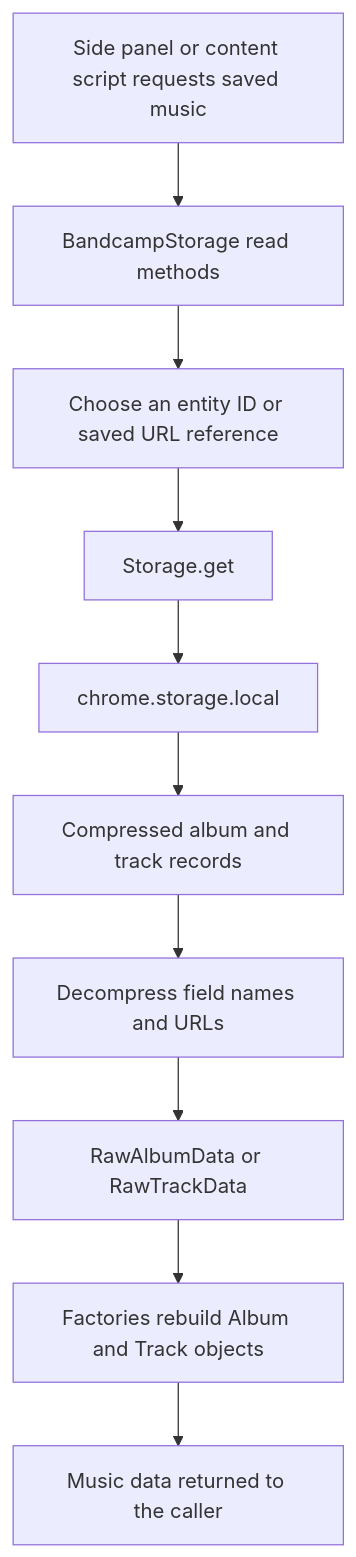
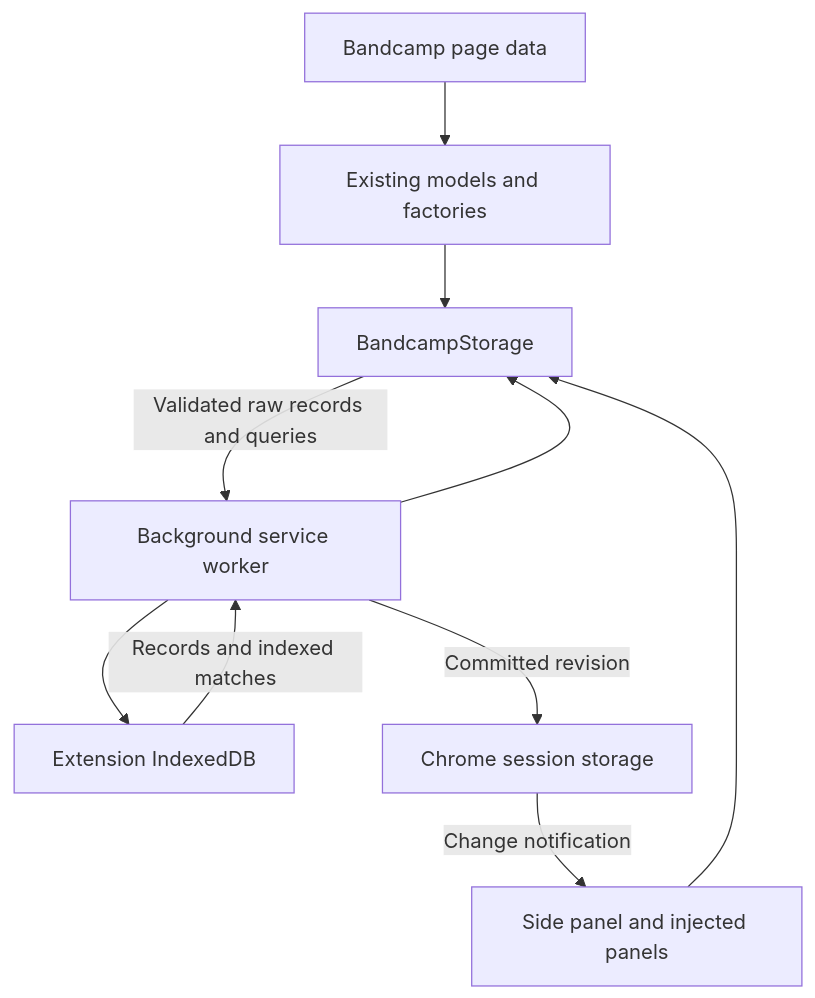
One commit to Serhii-DV/bcx changed the diagram in docs/architecture/music-data-storage.md. Above: the diagram before and after it, drawn with Mermaid. The commit also changed other lines of this file and 28 other files, not shown here.

Commit message:
Move the music library to IndexedDB

````diff
--- a/docs/architecture/music-data-storage.md
+++ b/docs/architecture/music-data-storage.md
@@ -36,16 +34,12 @@
 ```mermaid
 flowchart TB
-    request[Side panel or content script requests saved music]
-    read[BandcampStorage read methods]
-    lookup[Choose an entity ID or saved URL reference]
-    get[Storage.get]
-    local[chrome.storage.local]
-    records[Compressed album and track records]
-    expanded[Decompress field names and URLs]
-    raw[RawAlbumData or RawTrackData]
-    models[Factories rebuild Album and Track objects]
-    result[Music data returned to the caller]
-
-    request --> read --> lookup --> get --> local
-    local --> records --> expanded --> raw --> models --> result
+    page[Bandcamp page data] --> models[Existing models and factories]
+    models --> client[BandcampStorage]
+    panel[Side panel and injected panels] --> client
+    client -->|Validated raw records and queries| worker[Background service worker]
+    worker --> database[Extension IndexedDB]
+    database -->|Records and indexed matches| worker
+    worker --> client
+    worker -->|Committed revision| session[Chrome session storage]
+    session -->|Change notification| panel
 ```
````
